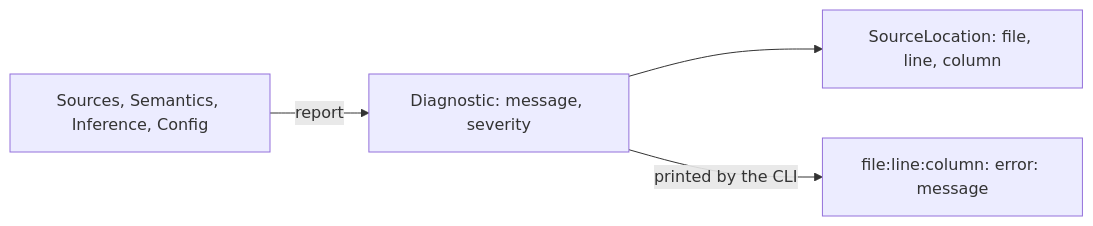
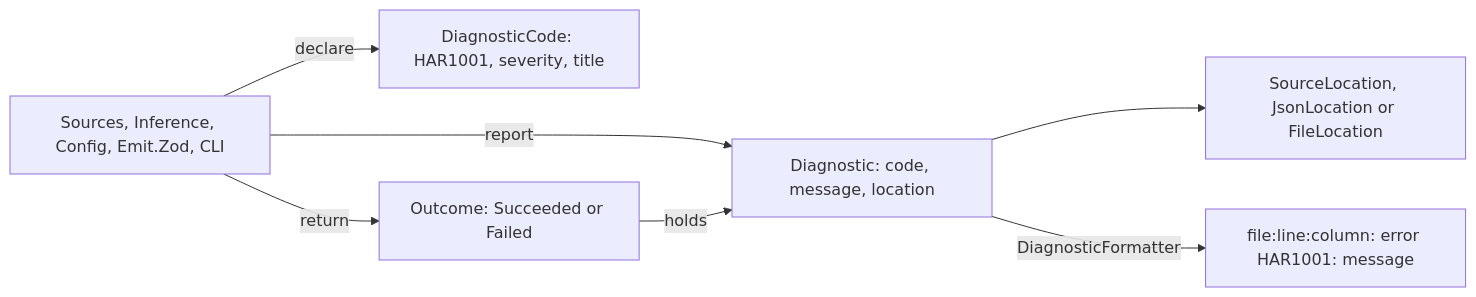
Before and after one commit to haruspex-tools/haruspex: the diagram in src/Haruspex.Diagnostics/README.md, drawn with Mermaid. The commit also changed other lines of this file and 40 other files, not shown here.

First line of the commit message:
One diagnostic type with a stable code, three kinds of location, one formatter, and outcomes

````diff
--- a/src/Haruspex.Diagnostics/README.md
+++ b/src/Haruspex.Diagnostics/README.md
@@ -13,6 +15,9 @@
 ```mermaid
 flowchart LR
-    layers["Sources, Semantics, Inference, Config"] -->|report| diagnostic["Diagnostic: message, severity"]
-    diagnostic --> location["SourceLocation: file, line, column"]
-    diagnostic -->|printed by the CLI| text["file:line:column: error: message"]
+    layers["Sources, Inference, Config, Emit.Zod, CLI"] -->|declare| code["DiagnosticCode: HAR1001, severity, title"]
+    layers -->|report| diagnostic["Diagnostic: code, message, location"]
+    diagnostic --> location["SourceLocation, JsonLocation or FileLocation"]
+    layers -->|return| outcome["Outcome: Succeeded or Failed"]
+    outcome -->|holds| diagnostic
+    diagnostic -->|DiagnosticFormatter| text["file:line:column: error HAR1001: message"]
 ```
````
